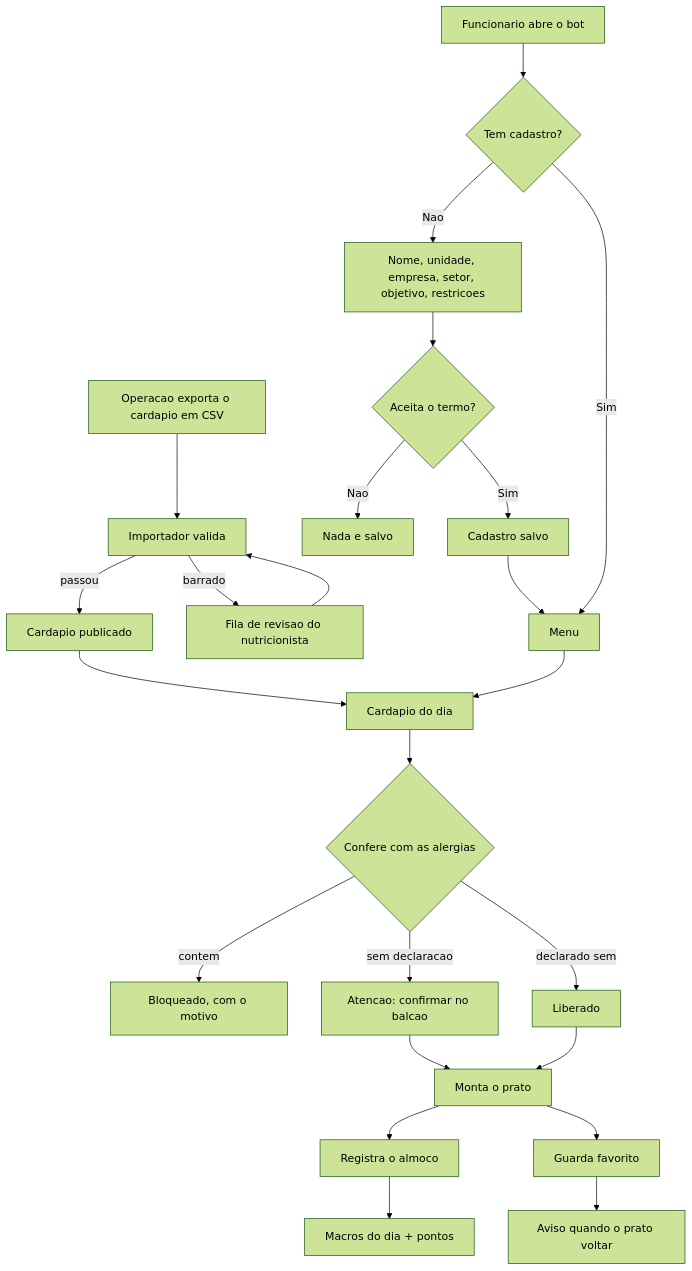
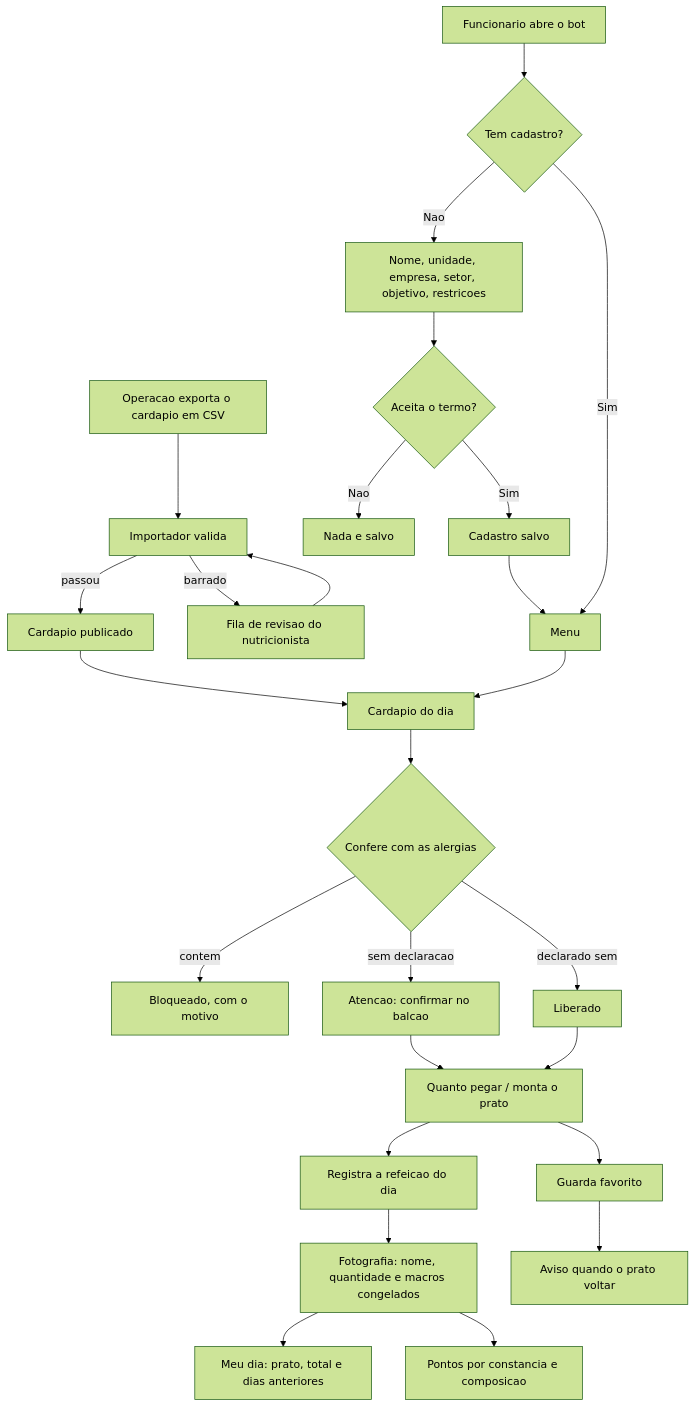
One commit to VmaffeiDev/ApetitFoodBot changed the diagram in README.md. Above: the diagram before and after it, drawn with Mermaid (forest theme). The commit also changed other lines of this file and 6 other files, not shown here.

````diff
--- a/README.md
+++ b/README.md
@@ -347,29 +400,31 @@
 ```mermaid
 flowchart TD
     A["Operacao exporta o cardapio em CSV"] --> B["Importador valida"]
     B -->|"passou"| C["Cardapio publicado"]
     B -->|"barrado"| D["Fila de revisao do nutricionista"]
     D --> B
 
     E["Funcionario abre o bot"] --> F{Tem cadastro?}
     F -- Nao --> G["Nome, unidade, empresa, setor, objetivo, restricoes"]
     G --> H{Aceita o termo?}
     H -- Nao --> X["Nada e salvo"]
     H -- Sim --> I["Cadastro salvo"]
     F -- Sim --> J["Menu"]
     I --> J
 
     C --> K["Cardapio do dia"]
     J --> K
     K --> L{Confere com as alergias}
     L -->|"contem"| M["Bloqueado, com o motivo"]
     L -->|"sem declaracao"| N["Atencao: confirmar no balcao"]
     L -->|"declarado sem"| O["Liberado"]
 
-    N --> P["Monta o prato"]
+    N --> P["Quanto pegar / monta o prato"]
     O --> P
-    P --> Q["Registra o almoco"]
-    Q --> R["Macros do dia + pontos"]
+    P --> Q["Registra a refeicao do dia"]
+    Q --> R["Fotografia: nome, quantidade e macros congelados"]
+    R --> U["Meu dia: prato, total e dias anteriores"]
+    R --> V["Pontos por constancia e composicao"]
     P --> S["Guarda favorito"]
     S --> T["Aviso quando o prato voltar"]
 ```
````
